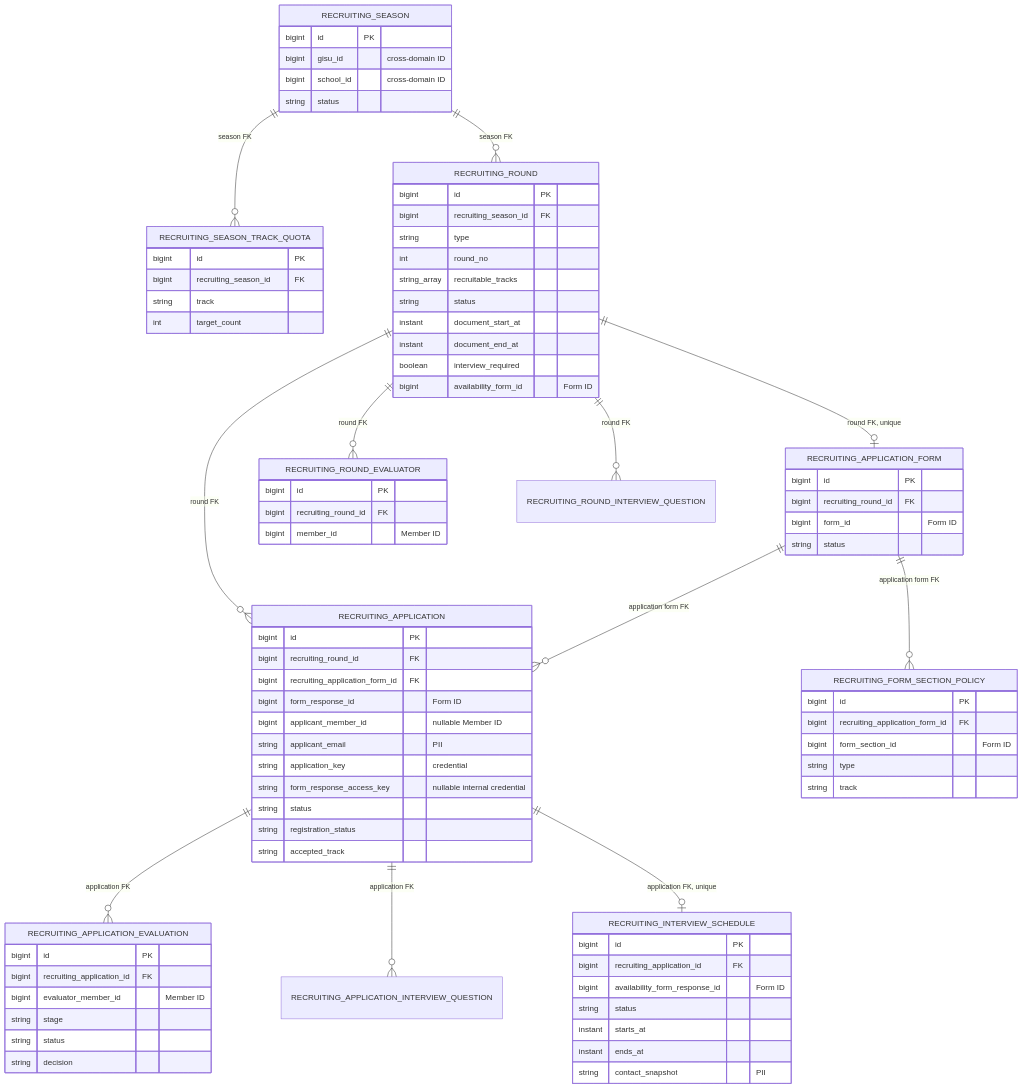
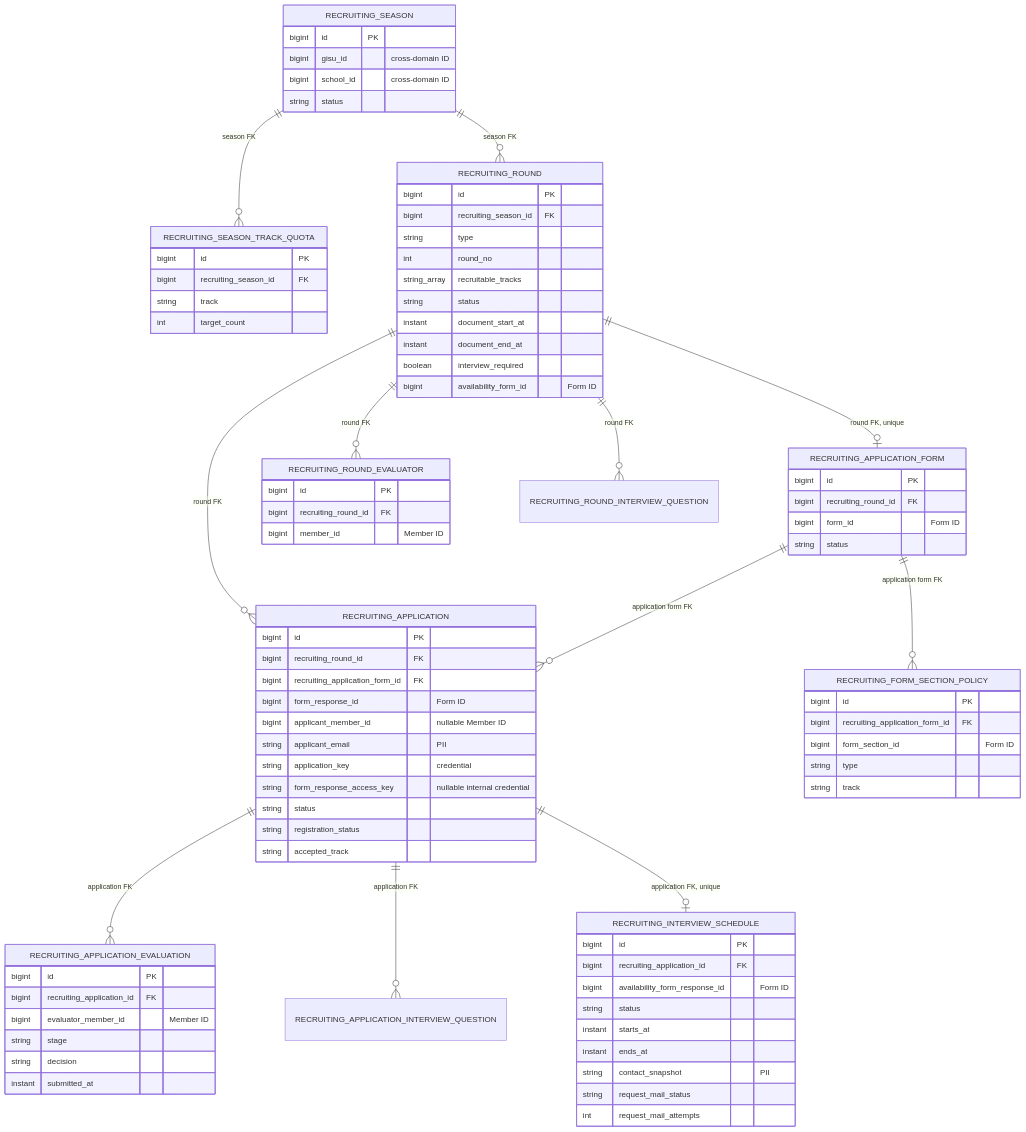
One commit to UMC-PRODUCT/cygnus-server changed the first of 2 diagrams in docs/onboarding/domain/recruiting.md. Above: the diagram before and after it, drawn with Mermaid. The commit also changed other lines of this file and 80 other files, not shown here.

````diff
--- a/docs/onboarding/domain/recruiting.md
+++ b/docs/onboarding/domain/recruiting.md
@@ -92,8 +92,8 @@
         bigint recruiting_application_id FK
         bigint evaluator_member_id "Member ID"
         string stage
-        string status
         string decision
+        instant submitted_at
     }
     RECRUITING_INTERVIEW_SCHEDULE {
         bigint id PK
@@ -103,5 +103,7 @@
         instant starts_at
         instant ends_at
         string contact_snapshot "PII"
+        string request_mail_status
+        int request_mail_attempts
     }
 ```
````
